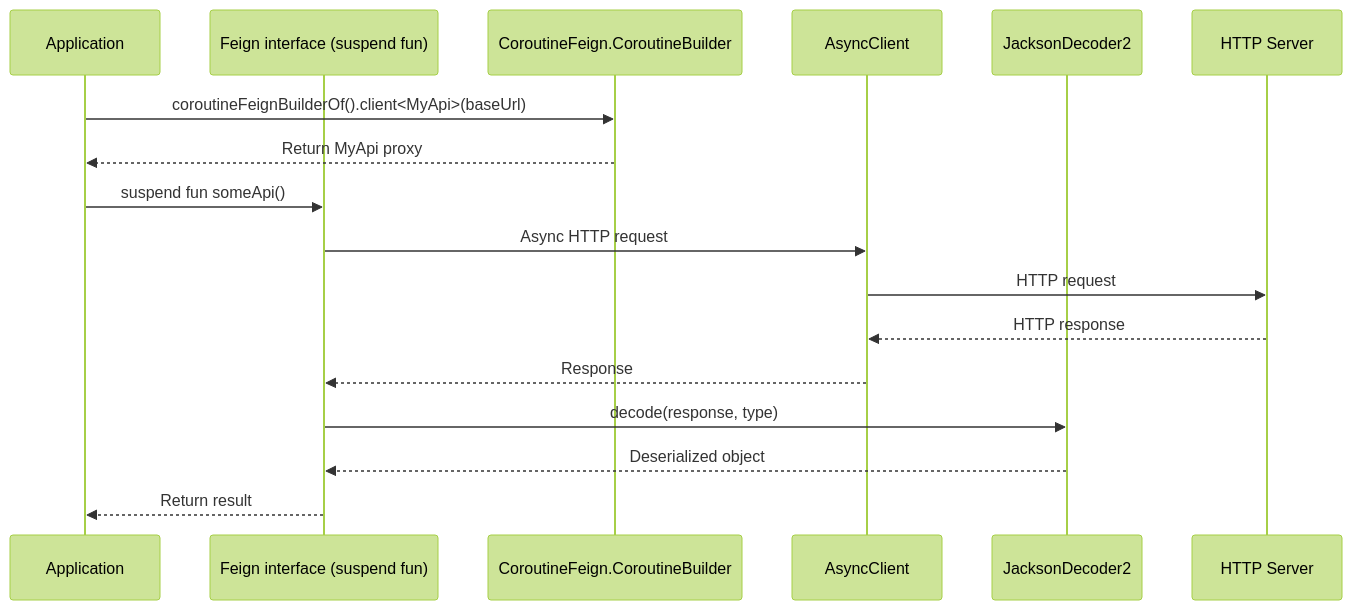
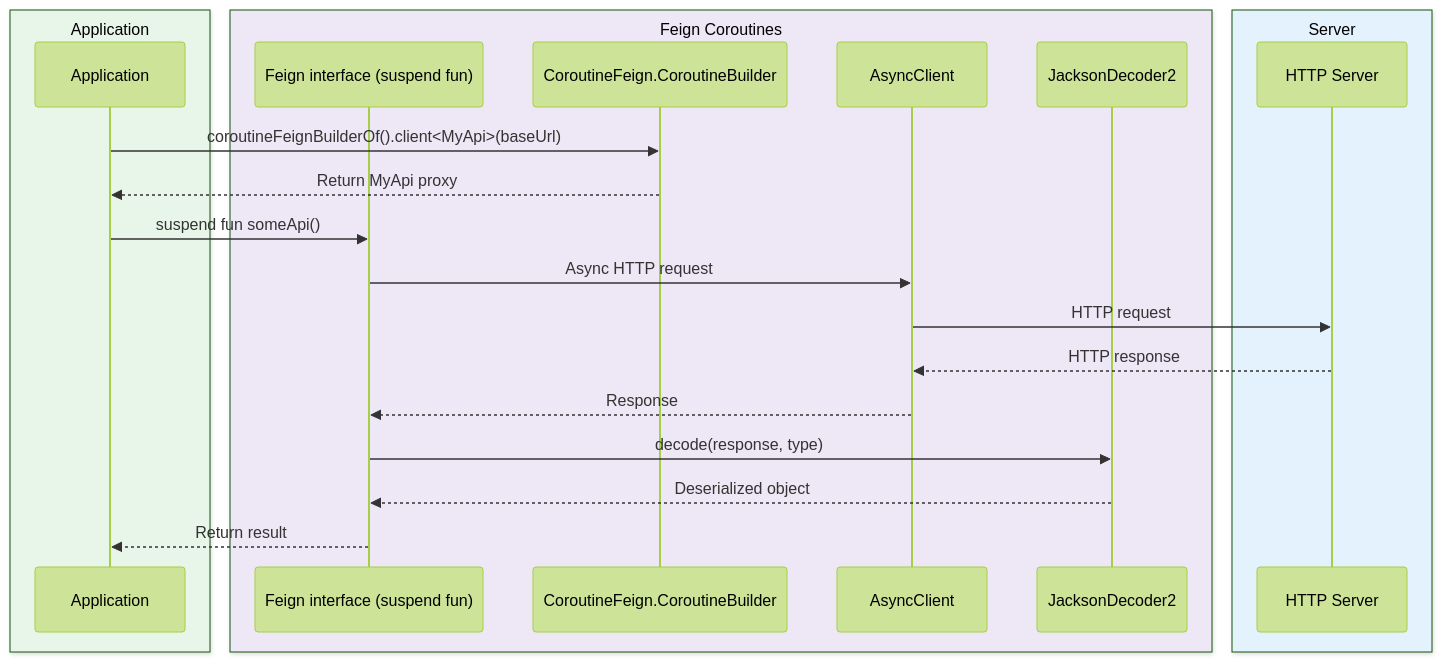
Before and after one commit to bluetape4k/bluetape4k-projects: the fourth of 4 diagrams in io/feign/README.md, drawn with Mermaid (forest theme). The commit also changed other lines of this file and 221 other files, not shown here.

First line of the commit message:
docs: 전체 모듈 README UML 다이어그램 보강 및 색상 업그레이드

````diff
--- a/io/feign/README.md
+++ b/io/feign/README.md
@@ -143,21 +171,27 @@
 ```mermaid
 sequenceDiagram
-    participant App as Application
-    participant API as Feign interface (suspend fun)
-    participant CB as CoroutineFeign.CoroutineBuilder
-    participant AC as AsyncClient
-    participant Codec as JacksonDecoder2
-    participant Server as HTTP Server
+    box rgb(232, 245, 233) Application
+        participant App as Application
+    end
+    box rgb(237, 231, 246) Feign Coroutines
+        participant API as Feign interface (suspend fun)
+        participant CB as CoroutineFeign.CoroutineBuilder
+        participant AC as AsyncClient
+        participant Codec as JacksonDecoder2
+    end
+    box rgb(227, 242, 253) Server
+        participant Server as HTTP Server
+    end
 
     App->>CB: coroutineFeignBuilderOf().client<MyApi>(baseUrl)
     CB-->>App: Return MyApi proxy
 
     App->>API: suspend fun someApi()
     API->>AC: Async HTTP request
     AC->>Server: HTTP request
     Server-->>AC: HTTP response
     AC-->>API: Response
     API->>Codec: decode(response, type)
     Codec-->>API: Deserialized object
     API-->>App: Return result
 ```
````
